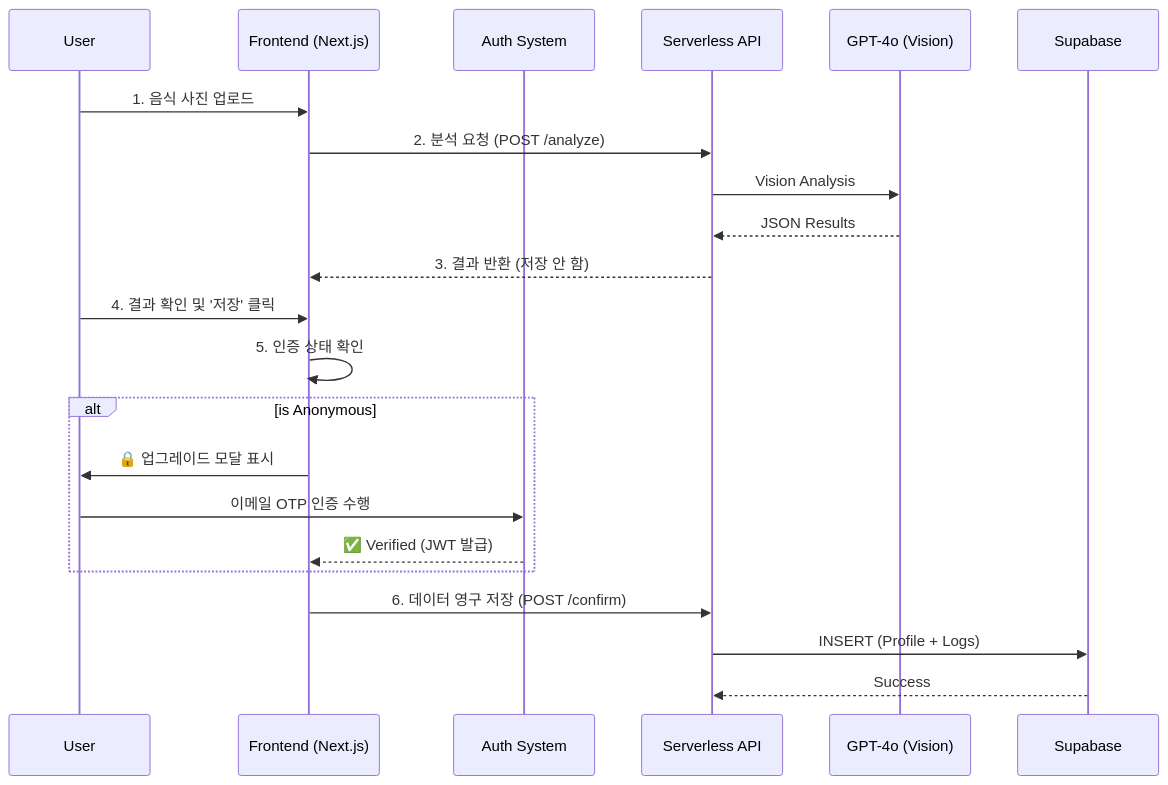
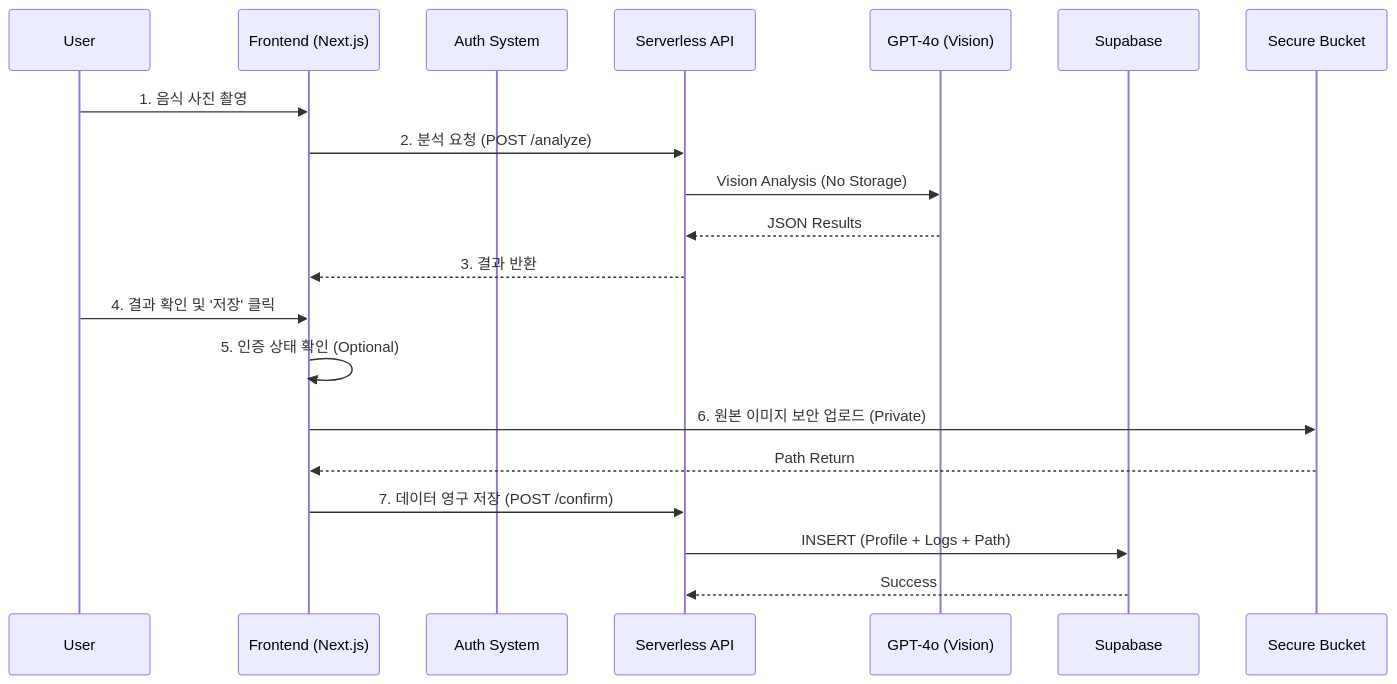
One commit to sjwoo1999/MealRo changed the diagram in README.md. Above: the diagram before and after it, drawn with Mermaid. The commit also changed other lines of this file and 5 other files, not shown here.

Commit message:
feat: Secure image storage, RLS, & Signed URLs

````diff
--- a/README.md
+++ b/README.md
@@ -48,28 +49,26 @@
 ```mermaid
 sequenceDiagram
     participant User
     participant Client as Frontend (Next.js)
     participant Auth as Auth System
     participant API as Serverless API
     participant AI as GPT-4o (Vision)
     participant DB as Supabase
+    participant Storage as Secure Bucket
 
-    User->>Client: 1. 음식 사진 업로드
+    User->>Client: 1. 음식 사진 촬영
     Client->>API: 2. 분석 요청 (POST /analyze)
-    API->>AI: Vision Analysis
+    API->>AI: Vision Analysis (No Storage)
     AI-->>API: JSON Results
-    API-->>Client: 3. 결과 반환 (저장 안 함)
+    API-->>Client: 3. 결과 반환
     
     User->>Client: 4. 결과 확인 및 '저장' 클릭
-    Client->>Client: 5. 인증 상태 확인
+    Client->>Client: 5. 인증 상태 확인 (Optional)
     
-    alt is Anonymous
-        Client->>User: 🔒 업그레이드 모달 표시
-        User->>Auth: 이메일 OTP 인증 수행
-        Auth-->>Client: ✅ Verified (JWT 발급)
-    end
+    Client->>Storage: 6. 원본 이미지 보안 업로드 (Private)
+    Storage-->>Client: Path Return
     
-    Client->>API: 6. 데이터 영구 저장 (POST /confirm)
-    API->>DB: INSERT (Profile + Logs)
+    Client->>API: 7. 데이터 영구 저장 (POST /confirm)
+    API->>DB: INSERT (Profile + Logs + Path)
     DB-->>API: Success
 ```
````
